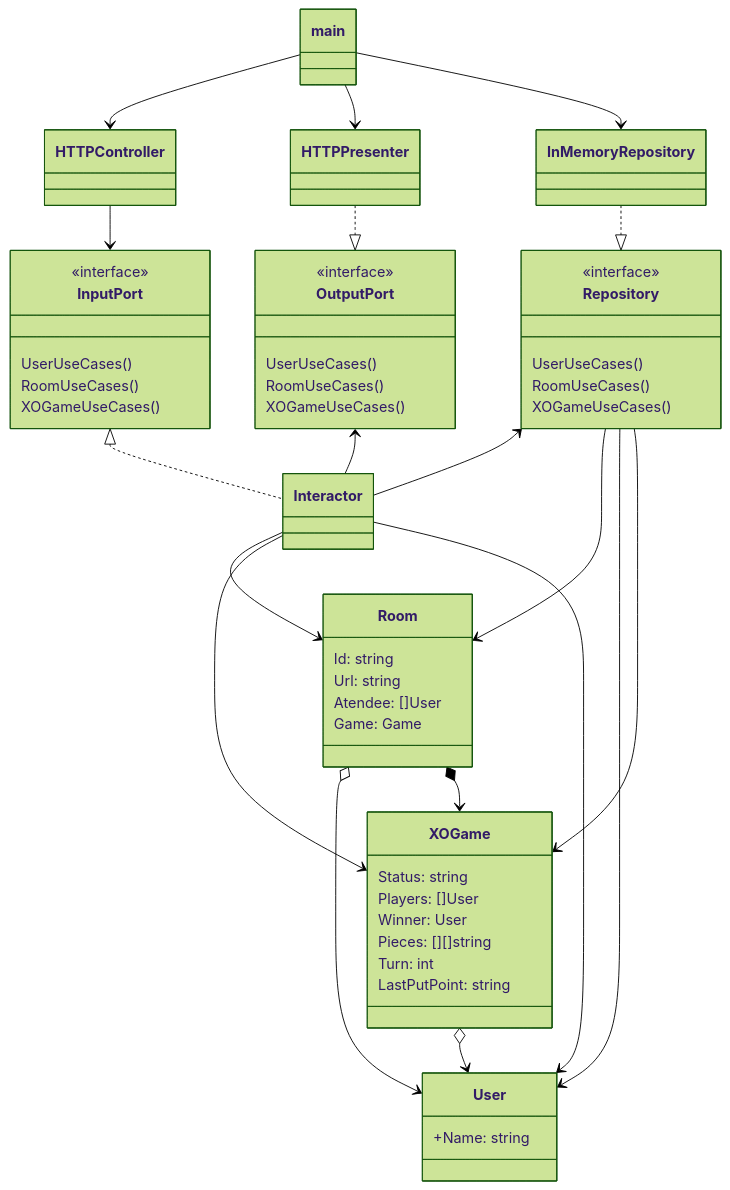
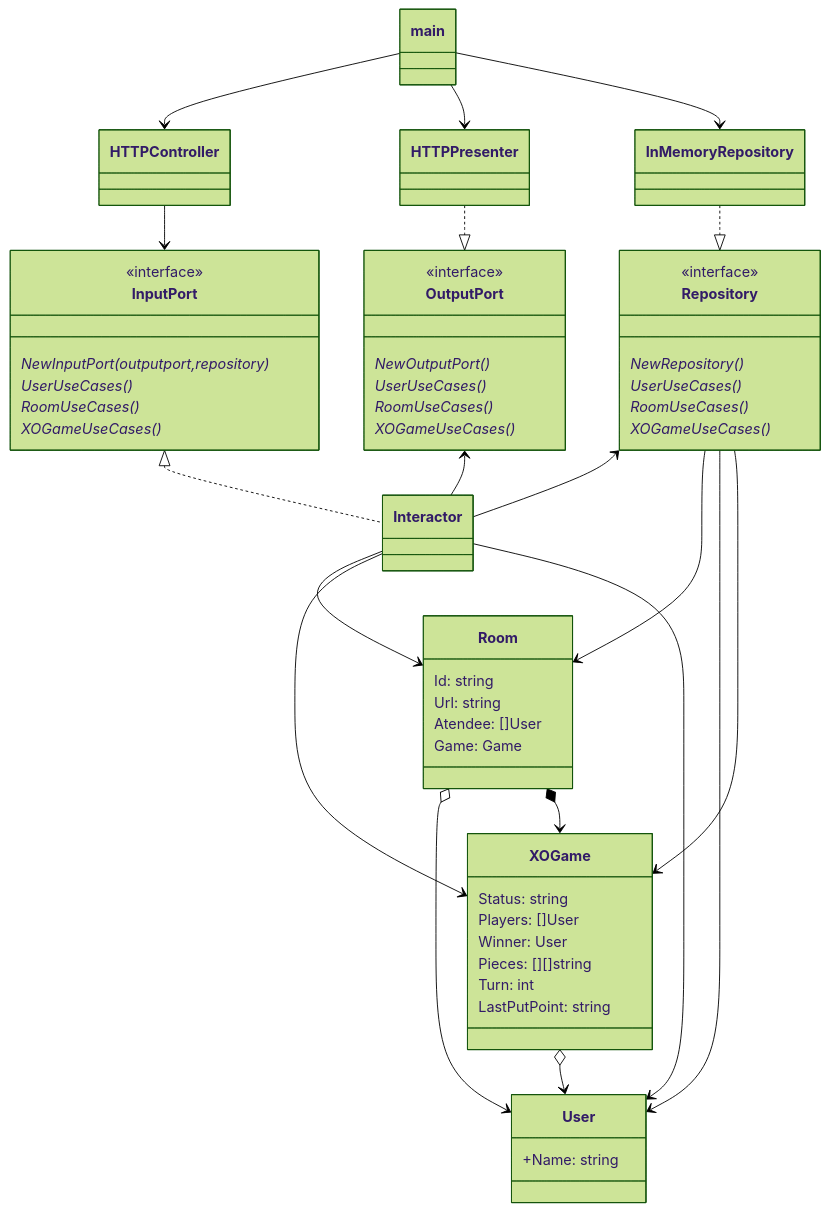
Before and after one commit to inahym196/go-gameroom: the diagram in README.md, drawn with Mermaid (forest theme). The commit also changed 7 other files, not shown here.

````diff
--- a/README.md
+++ b/README.md
@@ -4,71 +4,75 @@
 ```mermaid
 classDiagram
 
 main --> HTTPController
 main --> HTTPPresenter
 main --> InMemoryRepository
 
 HTTPController --> InputPort
 HTTPPresenter ..|> OutputPort
 InMemoryRepository ..|> Repository
 
 OutputPort <-- Interactor  
 
 InputPort <|.. Interactor
 
 Repository <-- Interactor
 
 Interactor --> Room
 Interactor --> XOGame
 Interactor --> User
 
 Room o--> User
 Room *--> XOGame
 Repository --> Room
 Repository --> User
 Repository --> XOGame
 
 XOGame o--> User
 
 class User{
     +Name: string
 }
 
 class Room{
     Id: string
     Url: string
     Atendee: []User
     Game: Game
 }
 
 class XOGame{
     Status: string
     Players: []User
     Winner: User
     Pieces: [][]string
     Turn: int
     LastPutPoint: string
 }
 
 class Repository {
     <<interface>>
-    UserUseCases()
-    RoomUseCases()
-    XOGameUseCases()
+    NewRepository()*
+    UserUseCases()*
+    RoomUseCases()*
+    XOGameUseCases()*
 }
 
 class InputPort{
     <<interface>>
-    UserUseCases()
-    RoomUseCases()
-    XOGameUseCases()
+    NewInputPort(outputport,repository)*
+    UserUseCases()*
+    RoomUseCases()*
+    XOGameUseCases()*
 }
+
 
 class OutputPort{
     <<interface>>
-    UserUseCases()
-    RoomUseCases()
-    XOGameUseCases()
+    NewOutputPort()*
+    UserUseCases()*
+    RoomUseCases()*
+    XOGameUseCases()*
 }
 
 ```
````
